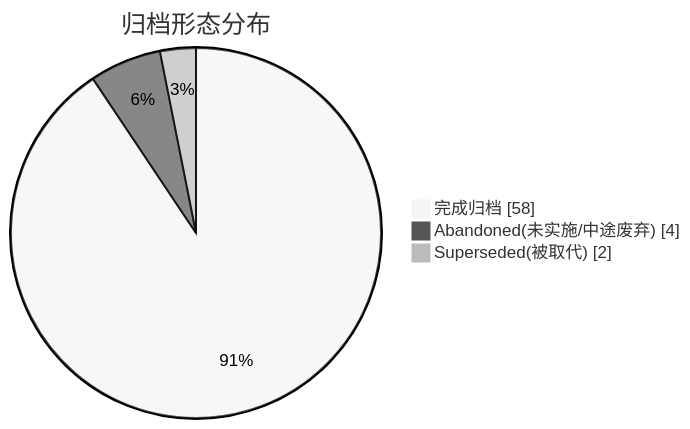
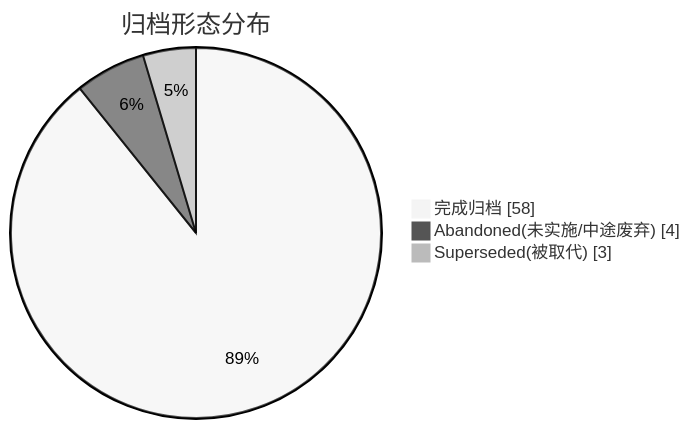
One commit to golddream-y/obsidian-ratel changed the second of 2 diagrams in docs/superpowers/ARCHIVE.md. Above: the diagram before and after it, drawn with Mermaid (neutral theme). The commit also changed other lines of this file and 4 other files, not shown here.

Commit message:
docs: S-GOAL 立项取代 S-TASK — goal 模式(意图+完成标准+预算)立项,S-TASK 未实施即被动态工作流设计取代

````diff
--- a/docs/superpowers/ARCHIVE.md
+++ b/docs/superpowers/ARCHIVE.md
@@ -24,6 +24,6 @@
 ```mermaid
 pie showData title 归档形态分布
     "完成归档" : 58
     "Abandoned(未实施/中途废弃)" : 4
-    "Superseded(被取代)" : 2
+    "Superseded(被取代)" : 3
 ```
````
